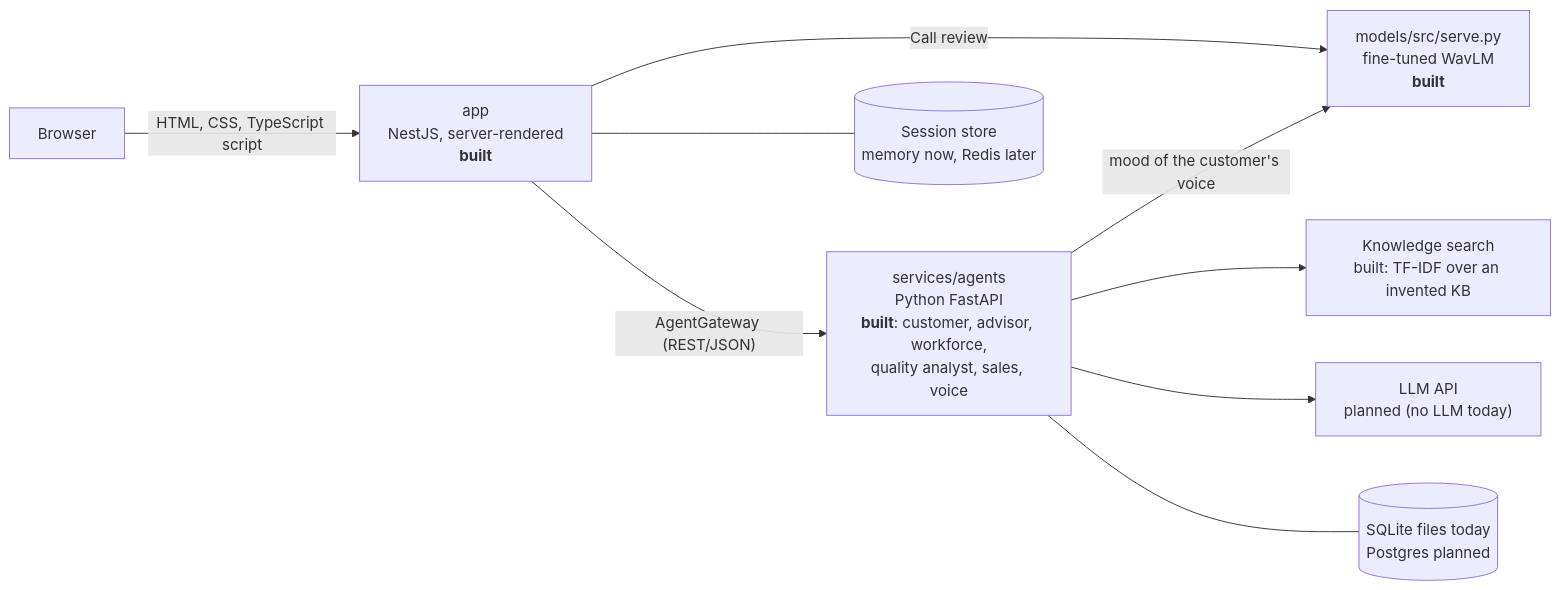
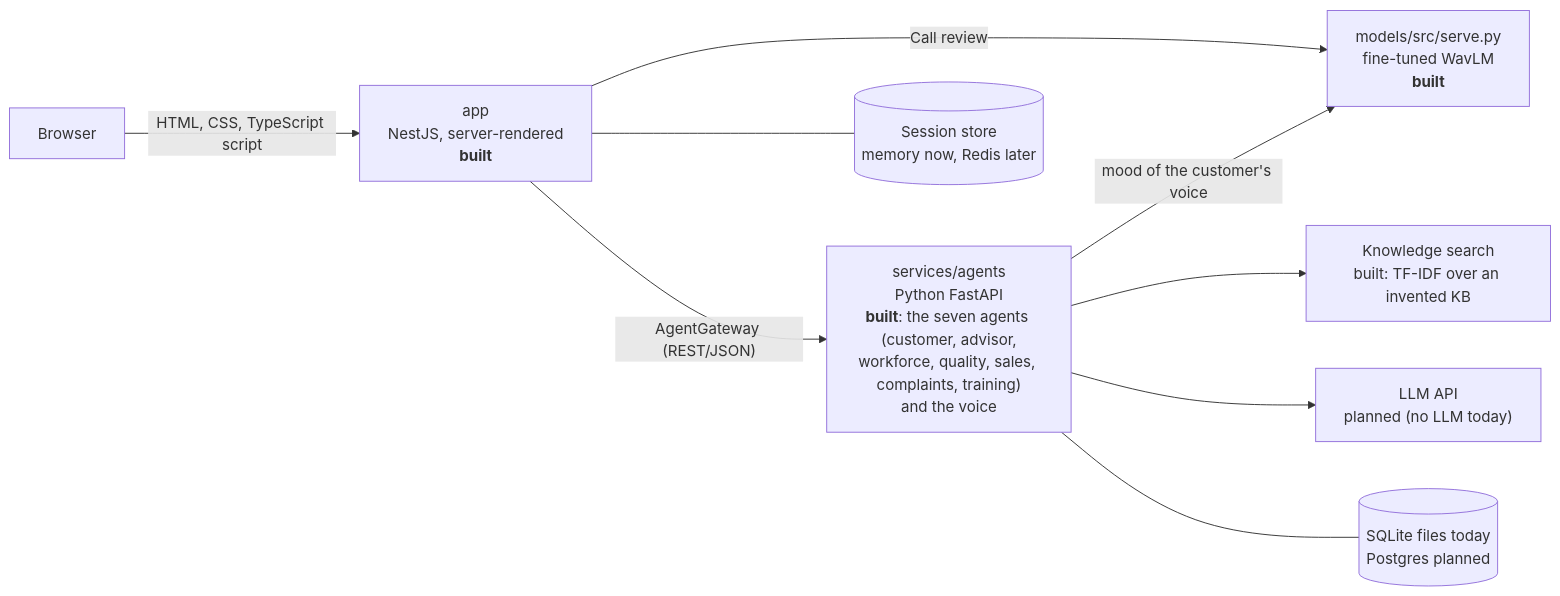
The diagram in ARCHITECTURE.md (boufadenghassen/callverse-app), drawn with Mermaid before and after one commit. The commit also changed other lines of this file and 4 other files, not shown here.

Commit message:
Docs: presentation facts (claim to evidence), demo script and rehearsal checklist; README and ARCHITECTURE up to date with the seven agents and the start script

````diff
--- a/ARCHITECTURE.md
+++ b/ARCHITECTURE.md
@@ -8,11 +8,11 @@
 ```mermaid
 flowchart LR
   B[Browser] -->|HTML, CSS, TypeScript script| W["app<br/>NestJS, server-rendered<br/><b>built</b>"]
-  W -->|"AgentGateway (REST/JSON)"| A["services/agents<br/>Python FastAPI<br/><b>built</b>: customer, advisor, workforce,<br/>quality analyst, sales, voice"]
+  W -->|"AgentGateway (REST/JSON)"| A["services/agents<br/>Python FastAPI<br/><b>built</b>: the seven agents (customer, advisor,<br/>workforce, quality, sales, complaints, training)<br/>and the voice"]
   W -->|"Call review"| E["models/src/serve.py<br/>fine-tuned WavLM<br/><b>built</b>"]
   A -->|"mood of the customer's voice"| E
   A --> R["Knowledge search<br/>built: TF-IDF over an invented KB"]
   A --> L["LLM API<br/>planned (no LLM today)"]
   W --- S[("Session store<br/>memory now, Redis later")]
   A --- D[("SQLite files today<br/>Postgres planned")]
 ```
````
